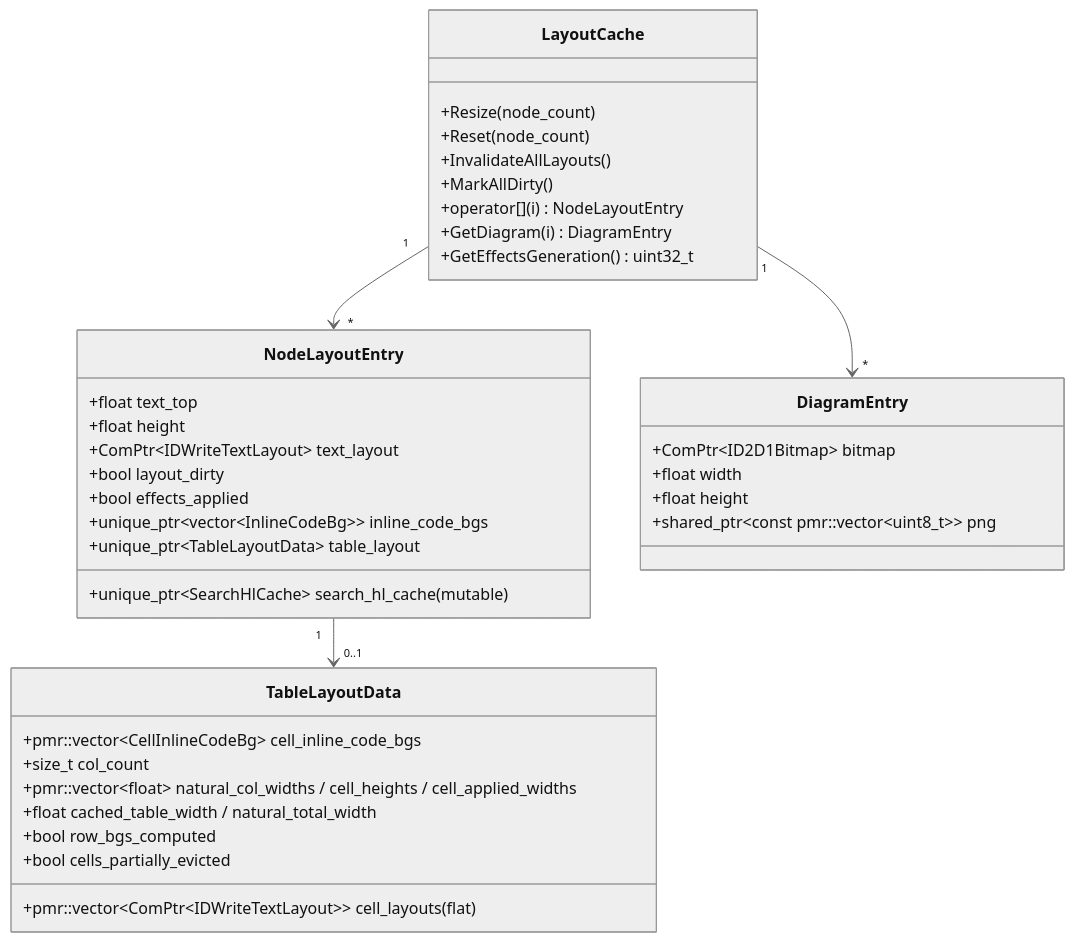
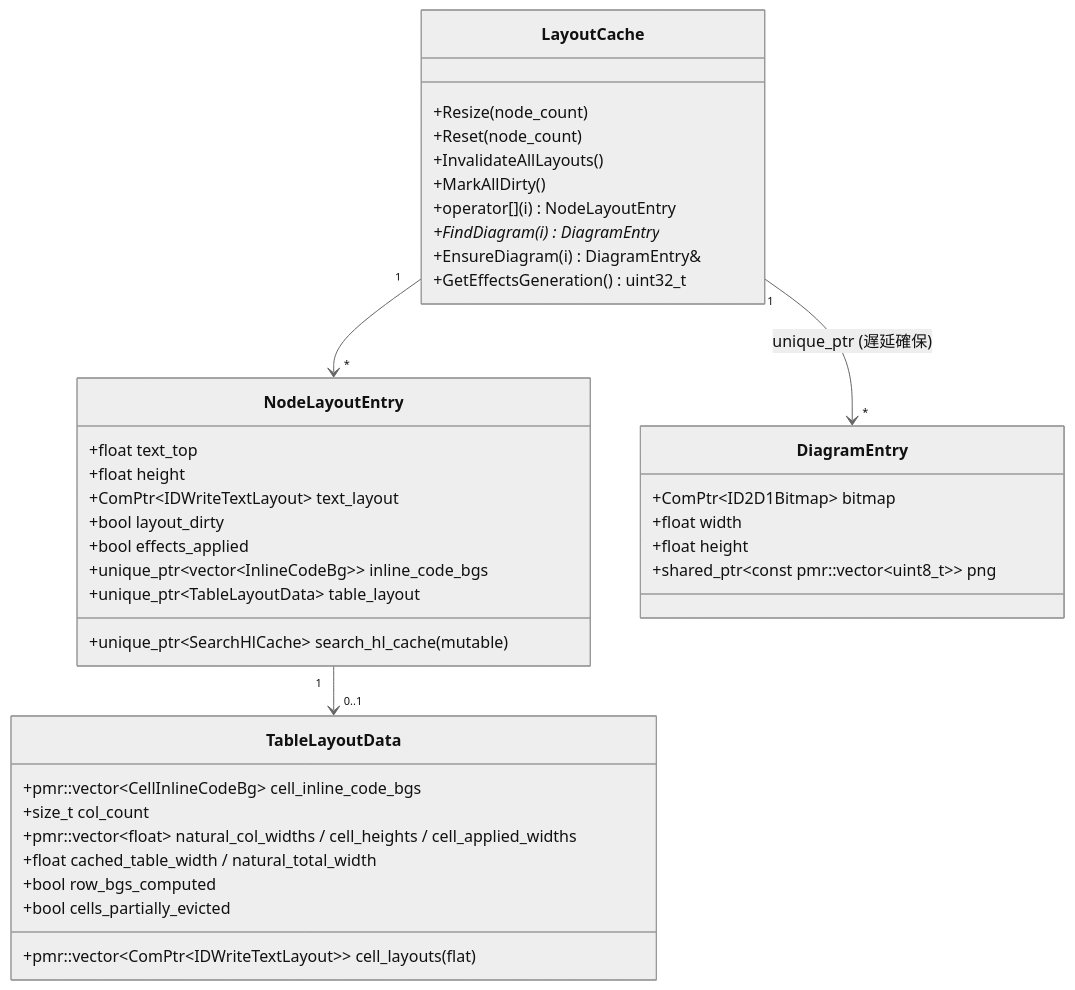
Before and after one commit to tanaton/mendo: diagram 16 of 27 in example/test.md, drawn with Mermaid (neutral theme). The commit also changed other lines of this file and 149 other files, not shown here.

````diff
--- a/example/test.md
+++ b/example/test.md
@@ -2669,44 +2727,45 @@
 ```mermaid
 classDiagram
     class LayoutCache {
         +Resize(node_count)
         +Reset(node_count)
         +InvalidateAllLayouts()
         +MarkAllDirty()
         +operator[](i) NodeLayoutEntry
-        +GetDiagram(i) DiagramEntry
+        +FindDiagram(i) DiagramEntry*
+        +EnsureDiagram(i) DiagramEntry&
         +GetEffectsGeneration() uint32_t
     }
 
     class NodeLayoutEntry {
         +float text_top
         +float height
         +ComPtr~IDWriteTextLayout~ text_layout
         +bool layout_dirty
         +bool effects_applied
         +unique_ptr~vector~InlineCodeBg~~ inline_code_bgs
         +unique_ptr~TableLayoutData~ table_layout
         +unique_ptr~SearchHlCache~ search_hl_cache (mutable)
     }
 
     class TableLayoutData {
         +pmr::vector~ComPtr~IDWriteTextLayout~~ cell_layouts (flat)
         +pmr::vector~CellInlineCodeBg~ cell_inline_code_bgs
         +size_t col_count
         +pmr::vector~float~ natural_col_widths / cell_heights / cell_applied_widths
         +float cached_table_width / natural_total_width
         +bool row_bgs_computed
         +bool cells_partially_evicted
     }
 
     class DiagramEntry {
         +ComPtr~ID2D1Bitmap~ bitmap
         +float width
         +float height
         +shared_ptr~const pmr::vector~uint8_t~~ png
     }
 
     LayoutCache "1" --> "*" NodeLayoutEntry
-    LayoutCache "1" --> "*" DiagramEntry
+    LayoutCache "1" --> "*" DiagramEntry : unique_ptr (遅延確保)
     NodeLayoutEntry "1" --> "0..1" TableLayoutData
 ```
````
